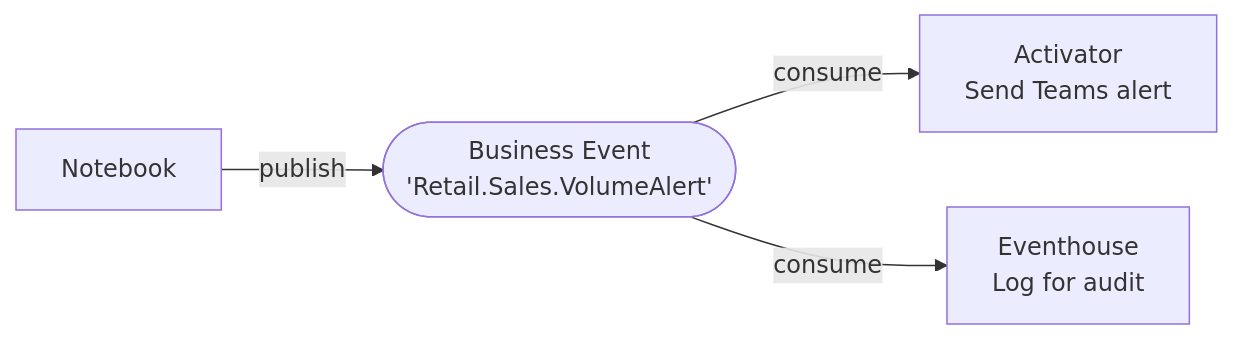
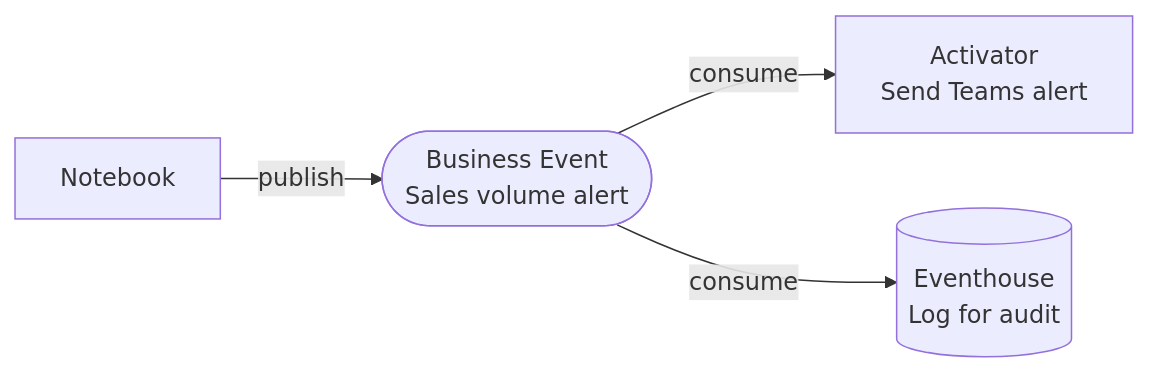
The third of 3 diagrams in docs/business-events/introduction/architecture-overview.md (microsoft/fabric-events), drawn with Mermaid before and after one commit. The commit also changed other lines of this file and 15 other files, not shown here.

````diff
--- a/docs/business-events/introduction/architecture-overview.md
+++ b/docs/business-events/introduction/architecture-overview.md
@@ -87,6 +92,6 @@
 ```mermaid
 flowchart LR
-    NB[Notebook] -->|publish| BE([Business Event\n'Retail.Sales.VolumeAlert'])
-    BE -->|consume| ACT[Activator\nSend Teams alert]
-    BE -->|consume| EH[Eventhouse\nLog for audit]
+    NB[Notebook] -->|publish| BE(["Business Event<br/>Sales volume alert"])
+    BE -->|consume| ACT["Activator<br/>Send Teams alert"]
+    BE -->|consume| EH[("Eventhouse<br/>Log for audit")]
 ```
````
